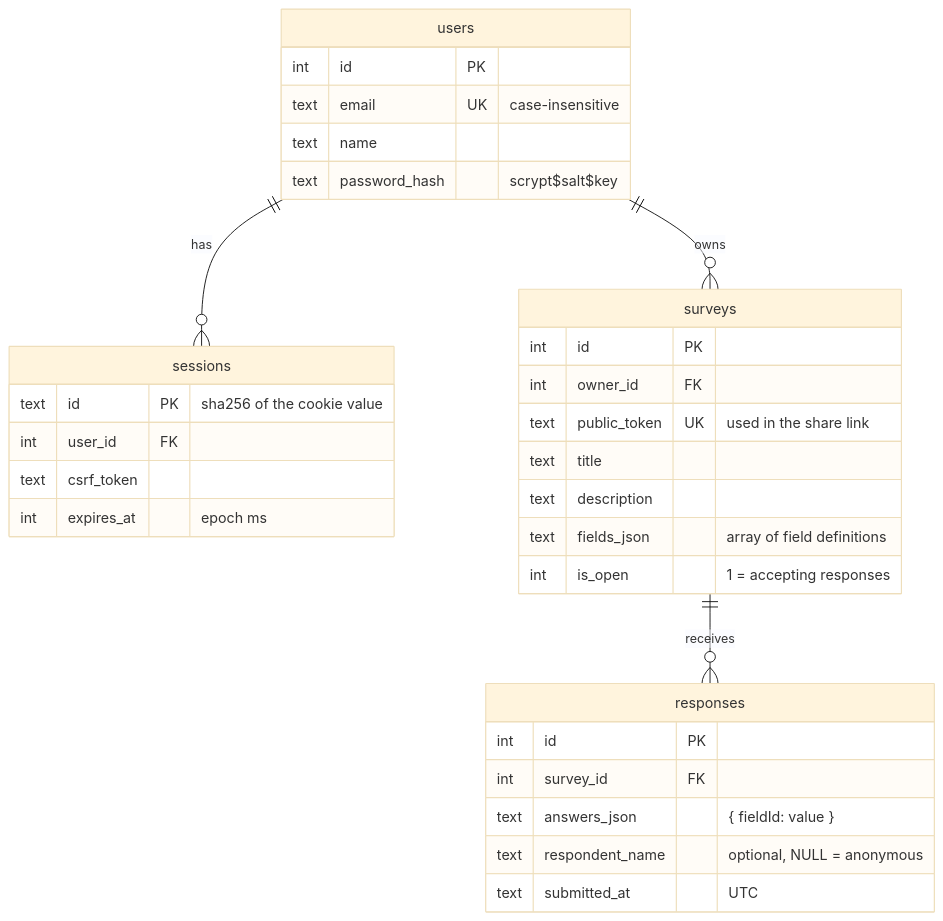
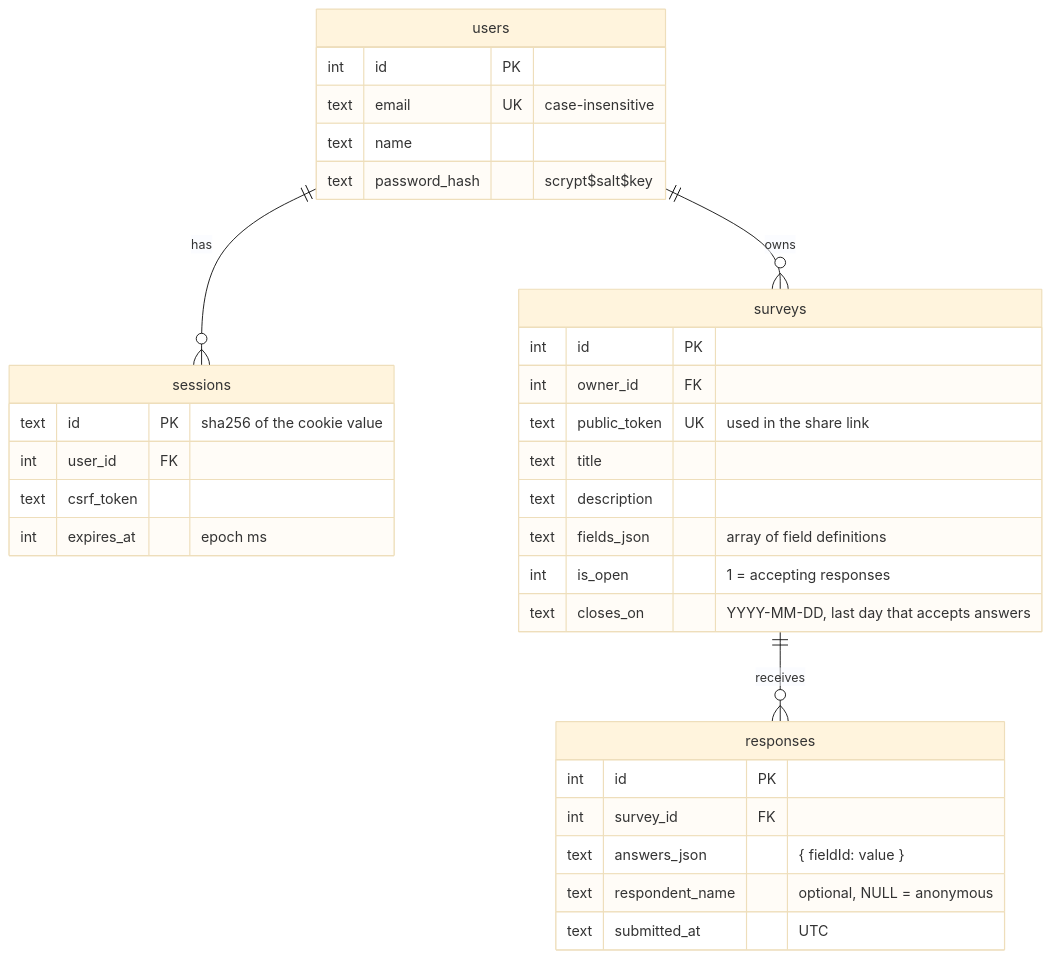
The second of 2 diagrams in CODE_GUIDE.md (yendri404/survery), drawn with Mermaid (base theme) before and after one commit. The commit also changed other lines of this file and 13 other files, not shown here.

````diff
--- a/CODE_GUIDE.md
+++ b/CODE_GUIDE.md
@@ -132,35 +132,36 @@
 ```mermaid
 erDiagram
     users ||--o{ sessions : has
     users ||--o{ surveys : owns
     surveys ||--o{ responses : receives
 
     users {
         int id PK
         text email UK "case-insensitive"
         text name
         text password_hash "scrypt$salt$key"
     }
     sessions {
         text id PK "sha256 of the cookie value"
         int user_id FK
         text csrf_token
         int expires_at "epoch ms"
     }
     surveys {
         int id PK
         int owner_id FK
         text public_token UK "used in the share link"
         text title
         text description
         text fields_json "array of field definitions"
         int is_open "1 = accepting responses"
+        text closes_on "YYYY-MM-DD, last day that accepts answers"
     }
     responses {
         int id PK
         int survey_id FK
         text answers_json "{ fieldId: value }"
         text respondent_name "optional, NULL = anonymous"
         text submitted_at "UTC"
     }
 ```
````
